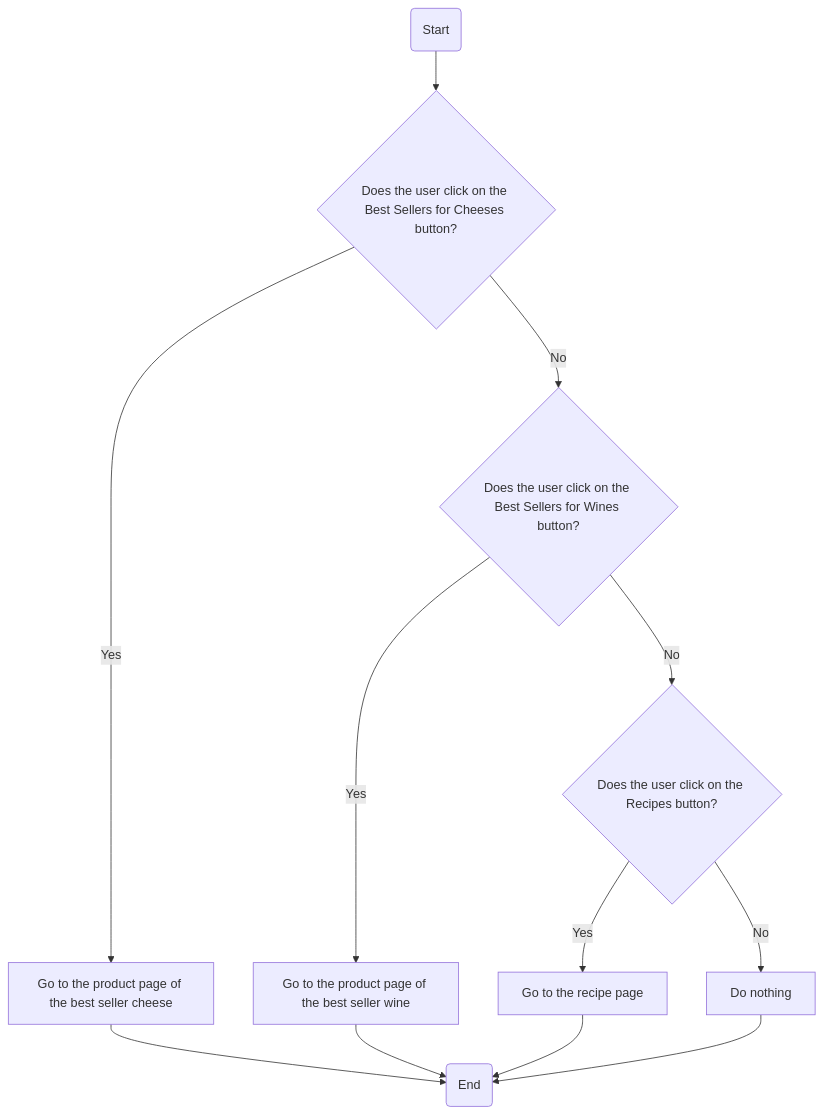
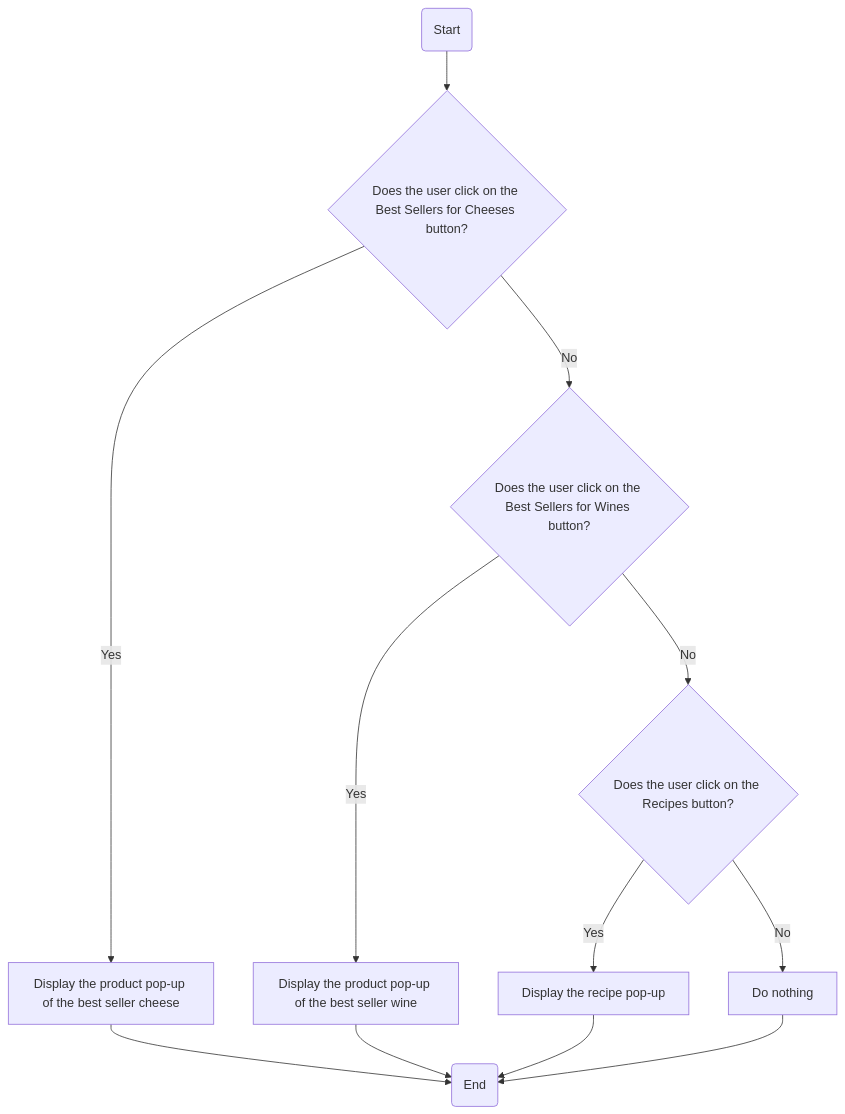
The seventh of 11 diagrams in Documents/Technical/technical_specifications.md (algosup/2024-2025-project-5-bubble-intermarche-team-2), drawn with Mermaid before and after one commit. The commit also changed other lines of this file, not shown here.

````diff
--- a/Documents/Technical/technical_specifications.md
+++ b/Documents/Technical/technical_specifications.md
@@ -317,14 +385,14 @@
 ```mermaid
 graph TD
     A(Start) --> B{Does the user click on the Best Sellers for Cheeses button?}
-    B -->|Yes| C[Go to the product page of the best seller cheese]
+    B -->|Yes| C[Display the product pop-up of the best seller cheese]
     B -->|No| D{Does the user click on the Best Sellers for Wines button?}
-    D -->|Yes| E[Go to the product page of the best seller wine]
+    D -->|Yes| E[Display the product pop-up of the best seller wine]
     D -->|No| F{Does the user click on the Recipes button?}
-    F -->|Yes| G[Go to the recipe page]
+    F -->|Yes| G[Display the recipe pop-up]
     F -->|No| H[Do nothing]
     C --> I(End)
     E --> I
     G --> I
     H --> I
 ```
````
